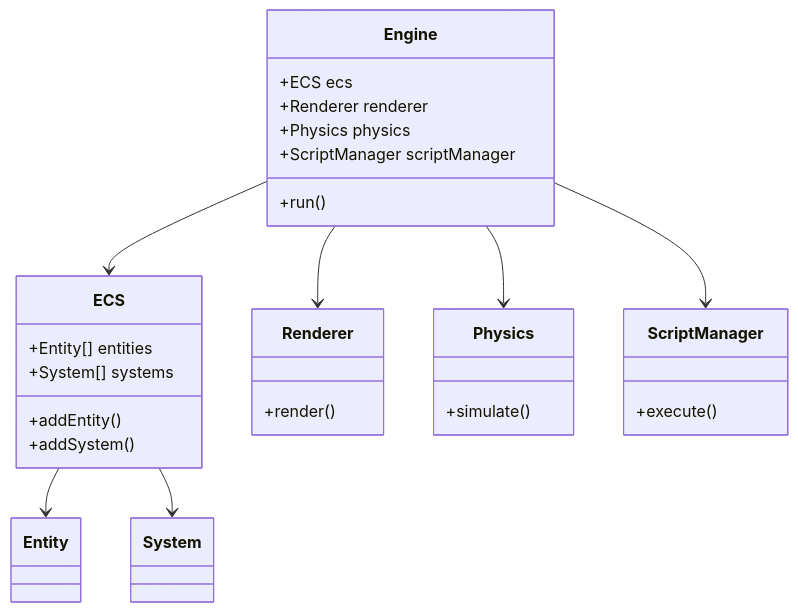
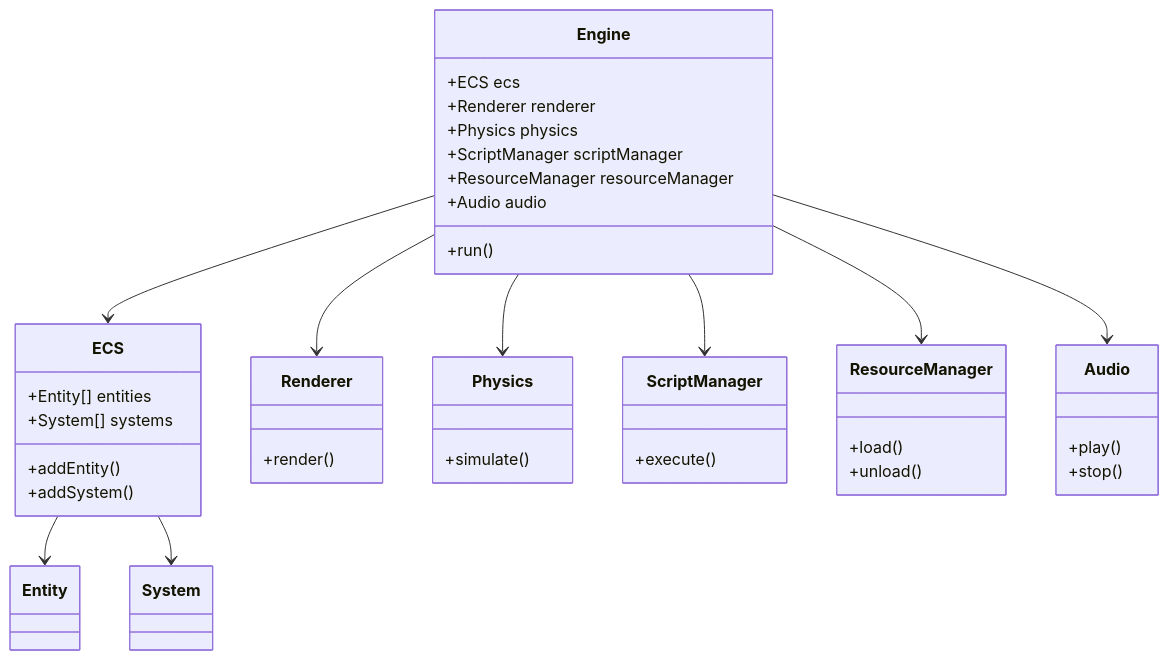
One commit to import1bones/simplex-engine changed the diagram in docs/architecture.md. Above: the diagram before and after it, drawn with Mermaid. The commit also changed other lines of this file and 11 other files, not shown here.

First line of the commit message:
Add architecture decisions, interfaces, and TODO list for simplex-engine

````diff
--- a/docs/architecture.md
+++ b/docs/architecture.md
@@ -24,31 +26,43 @@
 ```mermaid
 classDiagram
     class Engine {
         +ECS ecs
         +Renderer renderer
         +Physics physics
         +ScriptManager scriptManager
+        +ResourceManager resourceManager
+        +Audio audio
         +run()
     }
     class ECS {
         +Entity[] entities
         +System[] systems
         +addEntity()
         +addSystem()
     }
     class Renderer {
         +render()
     }
     class Physics {
         +simulate()
     }
     class ScriptManager {
         +execute()
     }
+    class ResourceManager {
+        +load()
+        +unload()
+    }
+    class Audio {
+        +play()
+        +stop()
+    }
     Engine --> ECS
     Engine --> Renderer
     Engine --> Physics
     Engine --> ScriptManager
+    Engine --> ResourceManager
+    Engine --> Audio
     ECS --> Entity
     ECS --> System
 ```
````
